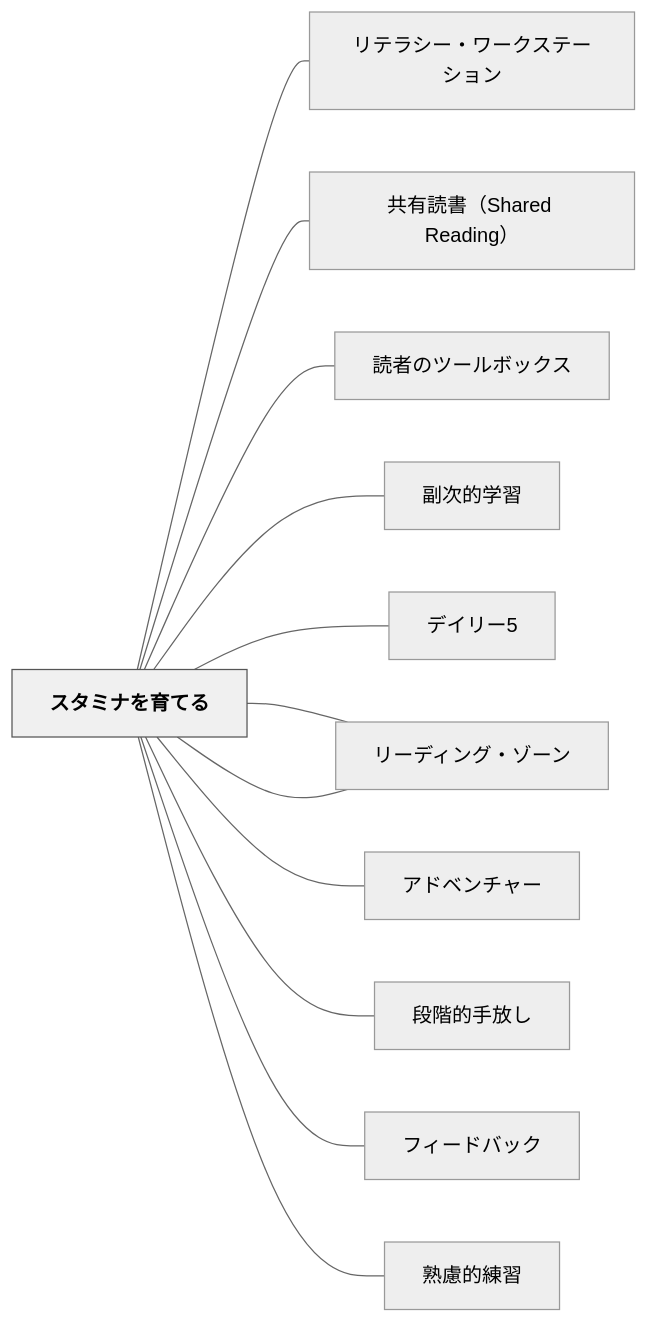
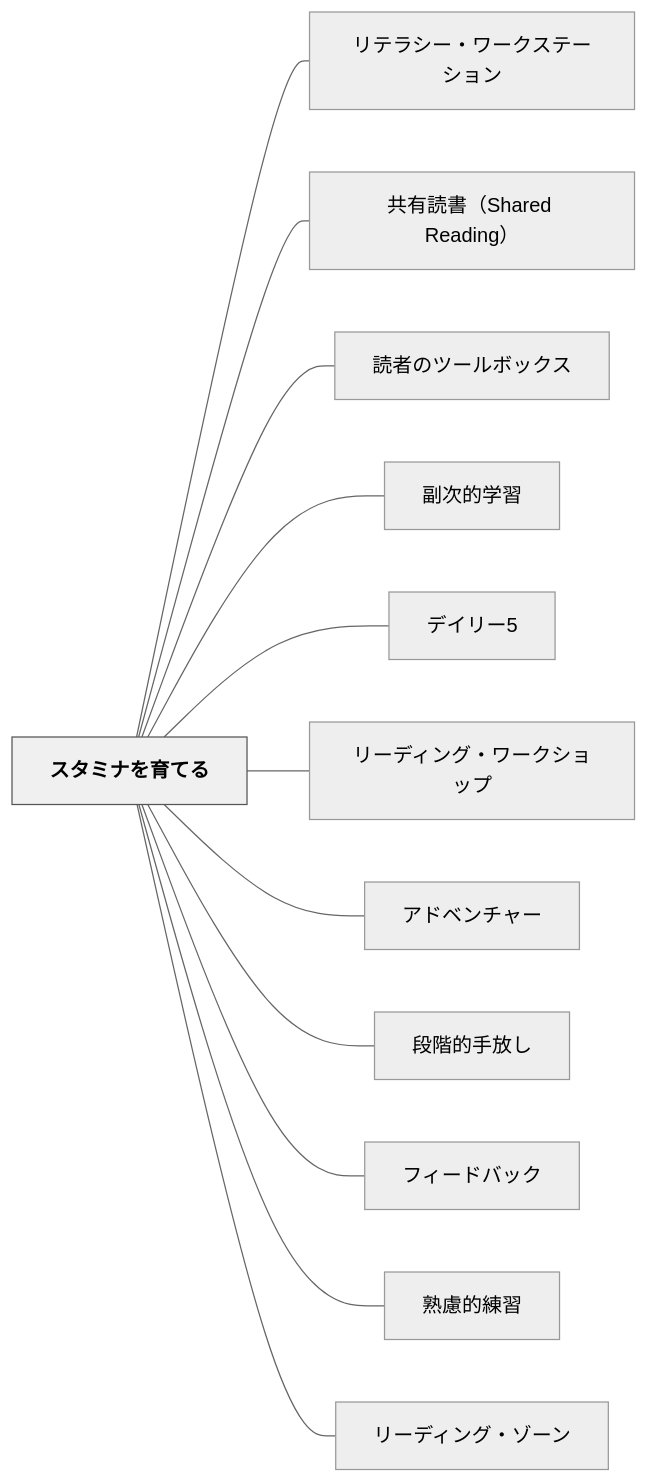
One commit to unknownthings-ed-patterns/unknownthings-ed-patterns changed the diagram in content/パタン/スタミナを育てる.md. Above: the diagram before and after it, drawn with Mermaid (neutral theme). The commit also changed 527 other files, not shown here.

````diff
--- a/content/パタン/スタミナを育てる.md
+++ b/content/パタン/スタミナを育てる.md
@@ -241,30 +241,30 @@
 ```mermaid
 flowchart LR
-    ne382b9e382bf["スタミナを育てる"]
-    ne383aae38386["リテラシー・ワークステーション"]
-    ne585b1e69c89["共有読書（Shared Reading）"]
-    ne8aaade88085["読者のツールボックス"]
-    ne589afe6aca1["副次的学習"]
-    ne38387e382a4["デイリー5"]
-    ne383aae383bc["リーディング・ワークショップ"]
-    ne382a2e38389["アドベンチャー"]
-    ne6aeb5e99a8e["段階的手放し"]
-    ne38395e382a3["フィードバック"]
-    ne7869fe685ae["熟慮的練習"]
-    ne383aae383bc["リーディング・ゾーン"]
+    ne382b9e382bfe3839fe3838ae38292e882b2e381a6e3828b["スタミナを育てる"]
+    ne383aae38386e383a9e382b7e383bce383bbe383afe383bce382afe382b9e38386e383bce382b7e383a7e383b3["リテラシー・ワークステーション"]
+    ne585b1e69c89e8aaade69bb8efbc885368617265642052656164696e67efbc89["共有読書（Shared Reading）"]
+    ne8aaade88085e381aee38384e383bce383abe3839ce38383e382afe382b9["読者のツールボックス"]
+    ne589afe6aca1e79a84e5ada6e7bf92["副次的学習"]
+    ne38387e382a4e383aae383bc35["デイリー5"]
+    ne383aae383bce38387e382a3e383b3e382b0e383bbe383afe383bce382afe382b7e383a7e38383e38397["リーディング・ワークショップ"]
+    ne382a2e38389e38399e383b3e38381e383a3e383bc["アドベンチャー"]
+    ne6aeb5e99a8ee79a84e6898be694bee38197["段階的手放し"]
+    ne38395e382a3e383bce38389e38390e38383e382af["フィードバック"]
+    ne7869fe685aee79a84e7b7b4e7bf92["熟慮的練習"]
+    ne383aae383bce38387e382a3e383b3e382b0e383bbe382bee383bce383b3["リーディング・ゾーン"]
 
-    ne382b9e382bf --- ne383aae38386
-    ne382b9e382bf --- ne585b1e69c89
-    ne382b9e382bf --- ne8aaade88085
-    ne382b9e382bf --- ne589afe6aca1
-    ne382b9e382bf --- ne38387e382a4
-    ne382b9e382bf --- ne383aae383bc
-    ne382b9e382bf --- ne382a2e38389
-    ne382b9e382bf --- ne6aeb5e99a8e
-    ne382b9e382bf --- ne38395e382a3
-    ne382b9e382bf --- ne7869fe685ae
-    ne382b9e382bf --- ne383aae383bc
+    ne382b9e382bfe3839fe3838ae38292e882b2e381a6e3828b --- ne383aae38386e383a9e382b7e383bce383bbe383afe383bce382afe382b9e38386e383bce382b7e383a7e383b3
+    ne382b9e382bfe3839fe3838ae38292e882b2e381a6e3828b --- ne585b1e69c89e8aaade69bb8efbc885368617265642052656164696e67efbc89
+    ne382b9e382bfe3839fe3838ae38292e882b2e381a6e3828b --- ne8aaade88085e381aee38384e383bce383abe3839ce38383e382afe382b9
+    ne382b9e382bfe3839fe3838ae38292e882b2e381a6e3828b --- ne589afe6aca1e79a84e5ada6e7bf92
+    ne382b9e382bfe3839fe3838ae38292e882b2e381a6e3828b --- ne38387e382a4e383aae383bc35
+    ne382b9e382bfe3839fe3838ae38292e882b2e381a6e3828b --- ne383aae383bce38387e382a3e383b3e382b0e383bbe383afe383bce382afe382b7e383a7e38383e38397
+    ne382b9e382bfe3839fe3838ae38292e882b2e381a6e3828b --- ne382a2e38389e38399e383b3e38381e383a3e383bc
+    ne382b9e382bfe3839fe3838ae38292e882b2e381a6e3828b --- ne6aeb5e99a8ee79a84e6898be694bee38197
+    ne382b9e382bfe3839fe3838ae38292e882b2e381a6e3828b --- ne38395e382a3e383bce38389e38390e38383e382af
+    ne382b9e382bfe3839fe3838ae38292e882b2e381a6e3828b --- ne7869fe685aee79a84e7b7b4e7bf92
+    ne382b9e382bfe3839fe3838ae38292e882b2e381a6e3828b --- ne383aae383bce38387e382a3e383b3e382b0e383bbe382bee383bce383b3
 
     classDef hub fill:#f0f0f0,stroke:#555,color:#000,font-weight:bold
-    class ne382b9e382bf hub
+    class ne382b9e382bfe3839fe3838ae38292e882b2e381a6e3828b hub
 ```
````
